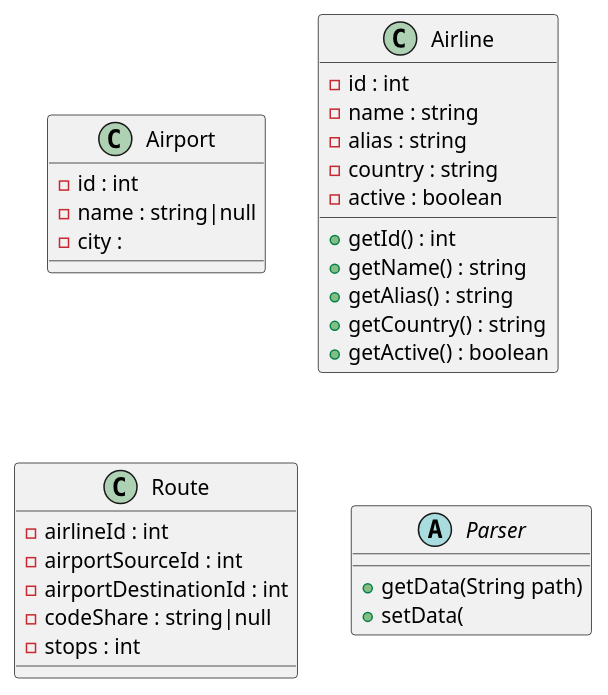
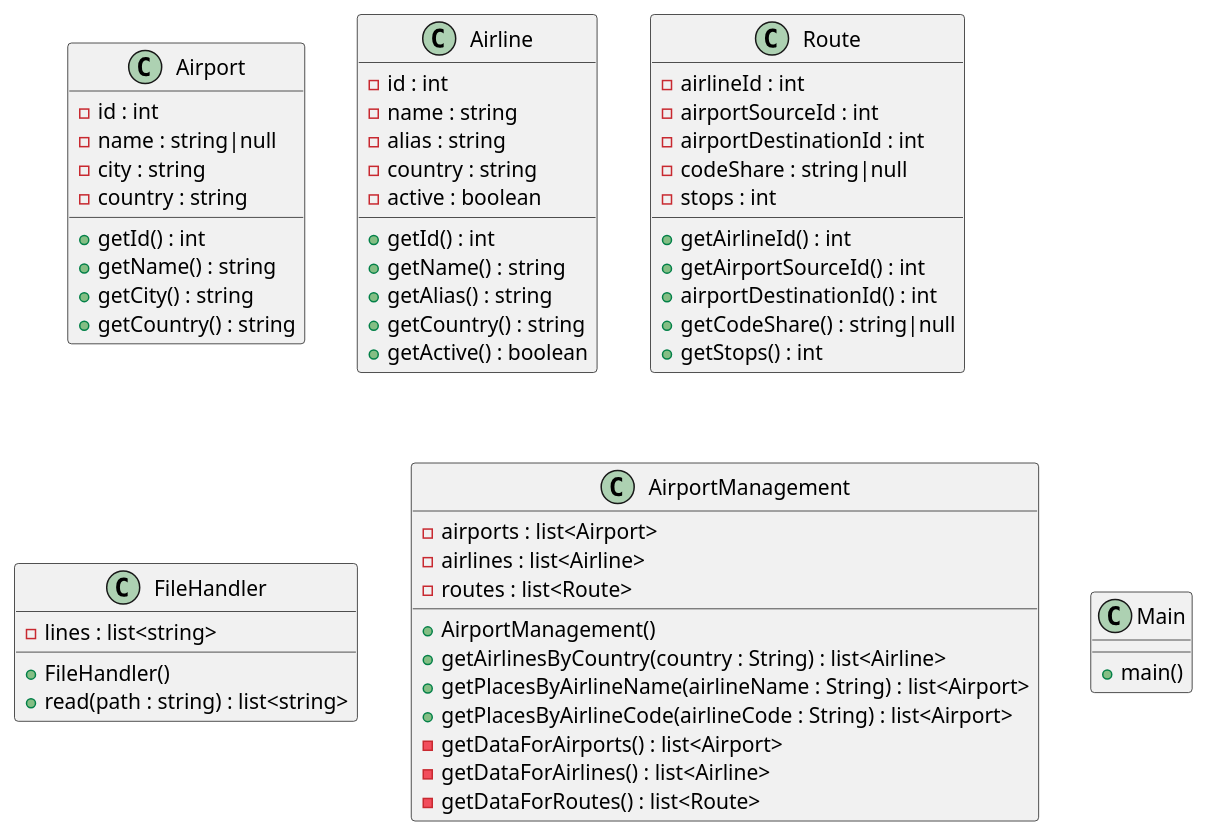
One commit to josueMerino/progra2-22-23 changed the diagram in temario/AirportManagementExercise/docs/FlightProject.puml. Above: the diagram before and after it, drawn with PlantUML. The commit also changed 4 other files, not shown here.

Commit message:
feature(docs, exercise): Created airport class and route class and airport management class

```diff
--- a/temario/AirportManagementExercise/docs/FlightProject.puml
+++ b/temario/AirportManagementExercise/docs/FlightProject.puml
@@ -1,37 +1,63 @@
 @startuml
 class Airport
 {
     - id : int
     - name : string|null
-    - city :
-
+    - city : string
+    - country : string
+    + getId() : int
+    + getName() : string
+    + getCity() : string
+    + getCountry() : string
 }
 
 class Airline
 {
     - id : int
     - name : string
     - alias : string
     - country : string
     - active : boolean
     + getId() : int
     + getName() : string
     + getAlias() : string
     + getCountry() : string
     + getActive() : boolean
 }
 
 class Route {
     - airlineId : int
     - airportSourceId : int
     - airportDestinationId : int
     - codeShare : string|null
     - stops : int
-
+    + getAirlineId() : int
+    + getAirportSourceId() : int
+    + airportDestinationId() : int
+    + getCodeShare() : string|null
+    + getStops() : int
 }
 
-abstract class Parser{
-    + getData(String path)
-    + setData(
+class FileHandler{
+    - lines : list<string>
+    + FileHandler()
+    + read(path : string) : list<string>
+}
+
+class AirportManagement{
+    - airports : list<Airport>
+    - airlines : list<Airline>
+    - routes : list<Route>
+    + AirportManagement()
+    + getAirlinesByCountry(country : String) : list<Airline>
+    + getPlacesByAirlineName(airlineName : String) : list<Airport>
+    + getPlacesByAirlineCode(airlineCode : String) : list<Airport>
+    - getDataForAirports() : list<Airport>
+    - getDataForAirlines() : list<Airline>
+    - getDataForRoutes() : list<Route>
+}
+
+class Main {
+    + main()
 }
 @enduml
```
